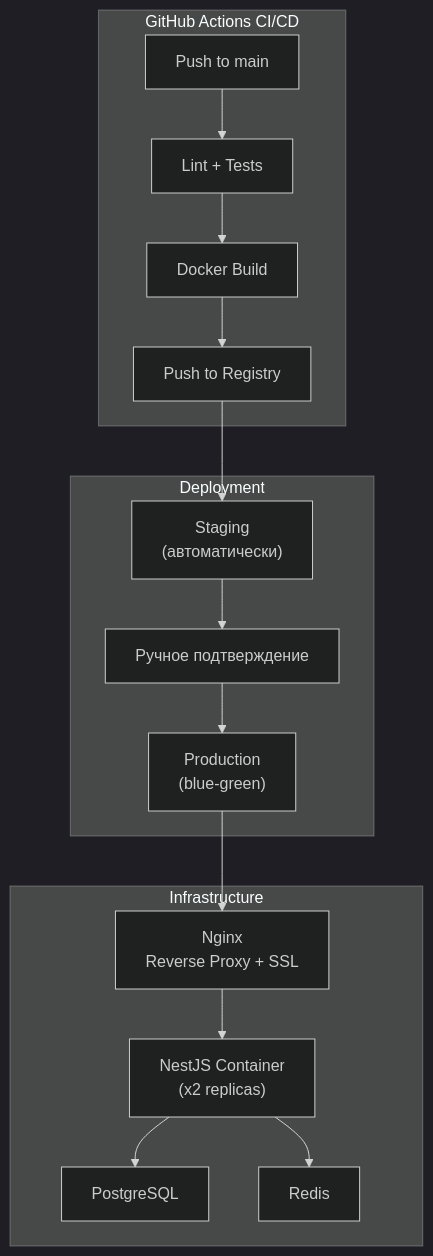
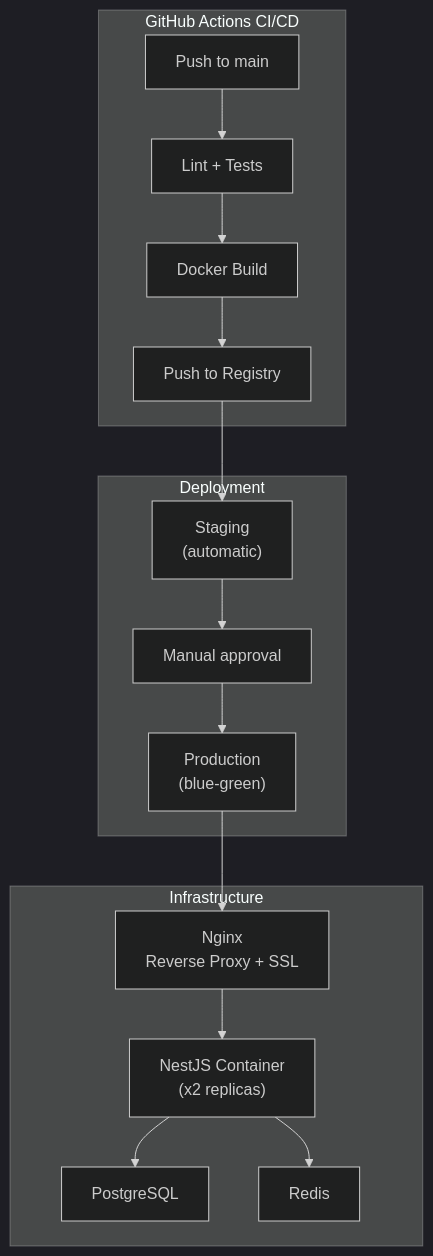
The seventh of 7 diagrams in yolustu_architecture.md (JosephIsrafilov/yolustu), drawn with Mermaid (dark theme) before and after one commit. The commit also changed other lines of this file and 2 other files, not shown here.

````diff
--- a/yolustu_architecture.md
+++ b/yolustu_architecture.md
@@ -301,21 +301,21 @@
 ```mermaid
 graph TB
     subgraph CI["GitHub Actions CI/CD"]
         A["Push to main"] --> B["Lint + Tests"]
         B --> C["Docker Build"]
         C --> D["Push to Registry"]
     end
 
     subgraph Deploy["Deployment"]
-        D --> E["Staging\n(автоматически)"]
-        E --> F["Ручное подтверждение"]
+        D --> E["Staging\n(automatic)"]
+        E --> F["Manual approval"]
         F --> G["Production\n(blue-green)"]
     end
 
     subgraph Infra["Infrastructure"]
         G --> H["Nginx\nReverse Proxy + SSL"]
         H --> I["NestJS Container\n(x2 replicas)"]
         I --> J["PostgreSQL"]
         I --> K["Redis"]
     end
 ```
````
